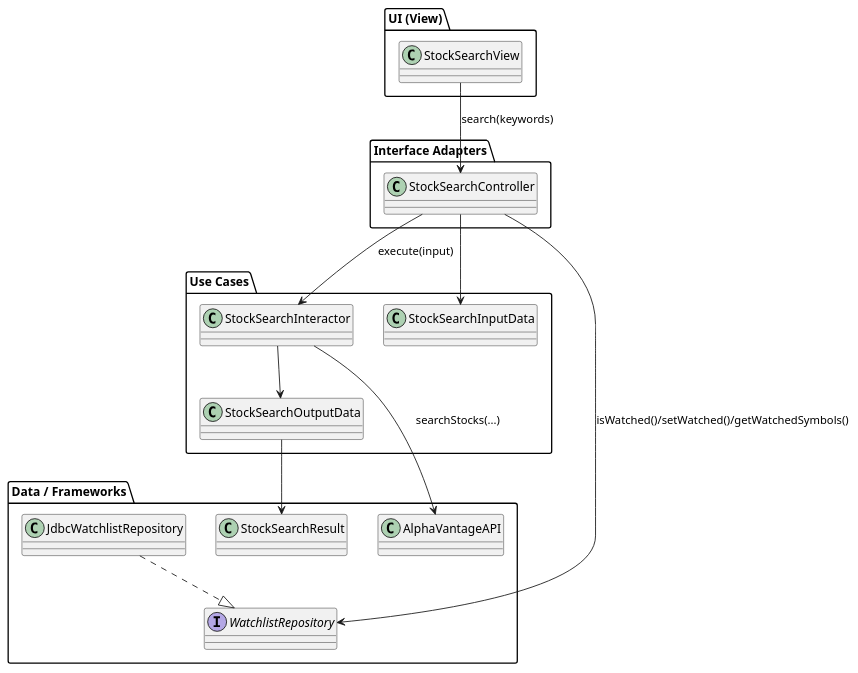
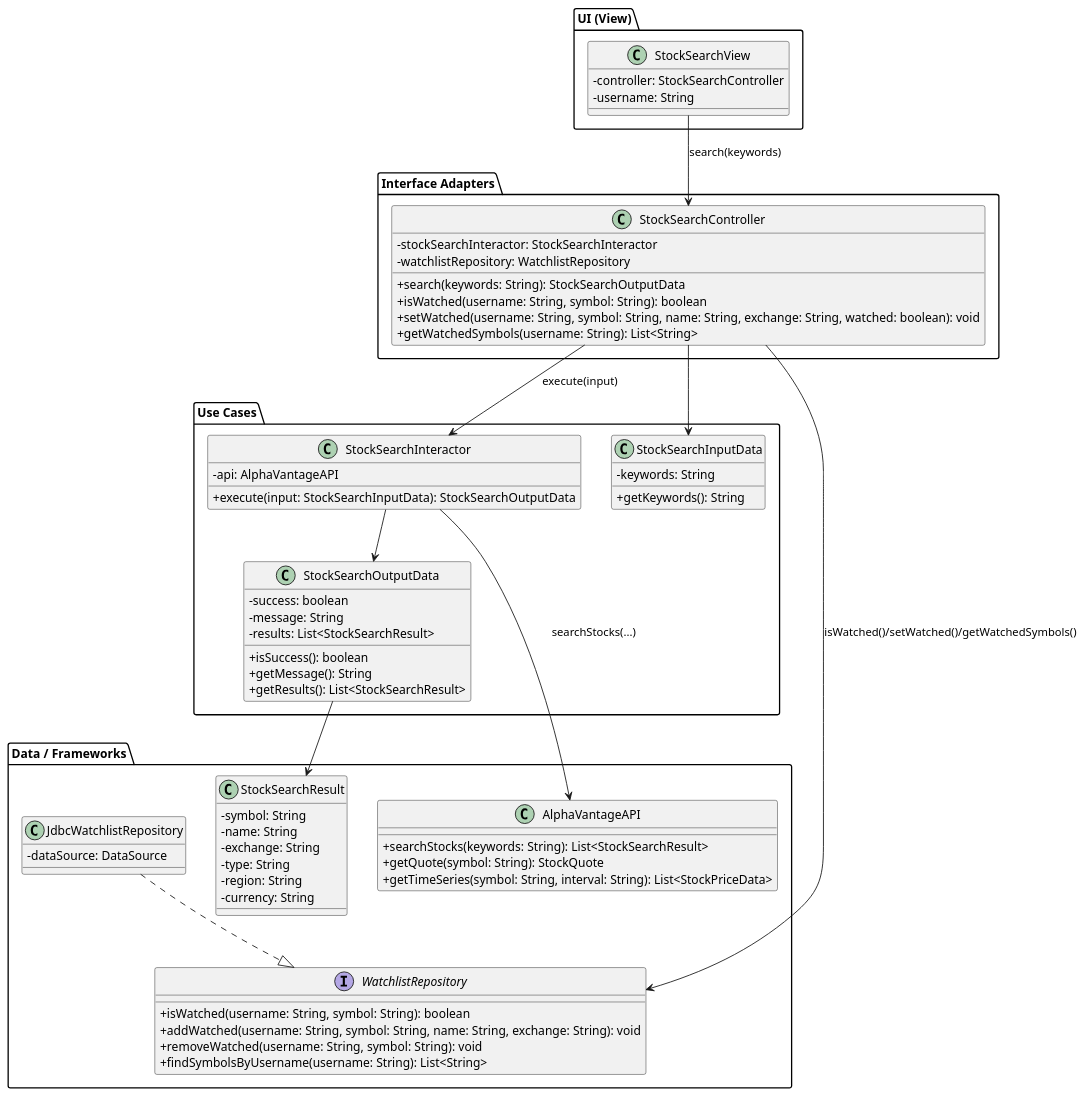
One commit to Jialun-Wei/team-project changed the diagram in src/main/java/use_case/stocksearch/StockSearch.puml. Above: the diagram before and after it, drawn with PlantUML. The commit also changed 1 other file, not shown here.

Commit message:
UML renew

```diff
--- a/src/main/java/use_case/stocksearch/StockSearch.puml
+++ b/src/main/java/use_case/stocksearch/StockSearch.puml
@@ -1,45 +1,91 @@
 @startuml
 skinparam classAttributeIconSize 0
 
 package "UI (View)" {
-  class StockSearchView
+  class StockSearchView {
+    - controller: StockSearchController
+    - username: String
+  }
 }
 
 package "Interface Adapters" {
-  class StockSearchController
+  class StockSearchController {
+    - stockSearchInteractor: StockSearchInteractor
+    - watchlistRepository: WatchlistRepository
+    + search(keywords: String): StockSearchOutputData
+    + isWatched(username: String, symbol: String): boolean
+    + setWatched(username: String, symbol: String, name: String, exchange: String, watched: boolean): void
+    + getWatchedSymbols(username: String): List<String>
+  }
 }
 
 package "Use Cases" {
-  class StockSearchInteractor
-  class StockSearchInputData
-  class StockSearchOutputData
+  class StockSearchInteractor {
+    - api: AlphaVantageAPI
+    + execute(input: StockSearchInputData): StockSearchOutputData
+  }
+
+  class StockSearchInputData {
+    - keywords: String
+    + getKeywords(): String
+  }
+
+  class StockSearchOutputData {
+    - success: boolean
+    - message: String
+    - results: List<StockSearchResult>
+    + isSuccess(): boolean
+    + getMessage(): String
+    + getResults(): List<StockSearchResult>
+  }
 }
 
 package "Data / Frameworks" {
-  class AlphaVantageAPI
-  class StockSearchResult
-  interface WatchlistRepository
-  class JdbcWatchlistRepository
+  class AlphaVantageAPI {
+    + searchStocks(keywords: String): List<StockSearchResult>
+    + getQuote(symbol: String): StockQuote
+    + getTimeSeries(symbol: String, interval: String): List<StockPriceData>
+  }
+
+  class StockSearchResult {
+    - symbol: String
+    - name: String
+    - exchange: String
+    - type: String
+    - region: String
+    - currency: String
+  }
+
+  interface WatchlistRepository {
+    + isWatched(username: String, symbol: String): boolean
+    + addWatched(username: String, symbol: String, name: String, exchange: String): void
+    + removeWatched(username: String, symbol: String): void
+    + findSymbolsByUsername(username: String): List<String>
+  }
+
+  class JdbcWatchlistRepository {
+    - dataSource: DataSource
+  }
 }
 
 ' --- Relationships (direction = dependency / call flow) ---
 
 ' User search → controller
 StockSearchView --> StockSearchController : search(keywords)
 
 ' Controller → interactor + input/output DTOs
 StockSearchController --> StockSearchInputData
 StockSearchController --> StockSearchInteractor : execute(input)
 StockSearchInteractor --> StockSearchOutputData
 StockSearchOutputData --> StockSearchResult
 
 ' Interactor → external service
 StockSearchInteractor --> AlphaVantageAPI : searchStocks(...)
 
 ' Controller → watchlist abstraction
 StockSearchController --> WatchlistRepository : isWatched()/setWatched()/getWatchedSymbols()
 
 ' Concrete data implementation
 JdbcWatchlistRepository ..|> WatchlistRepository
 
 @enduml
```
